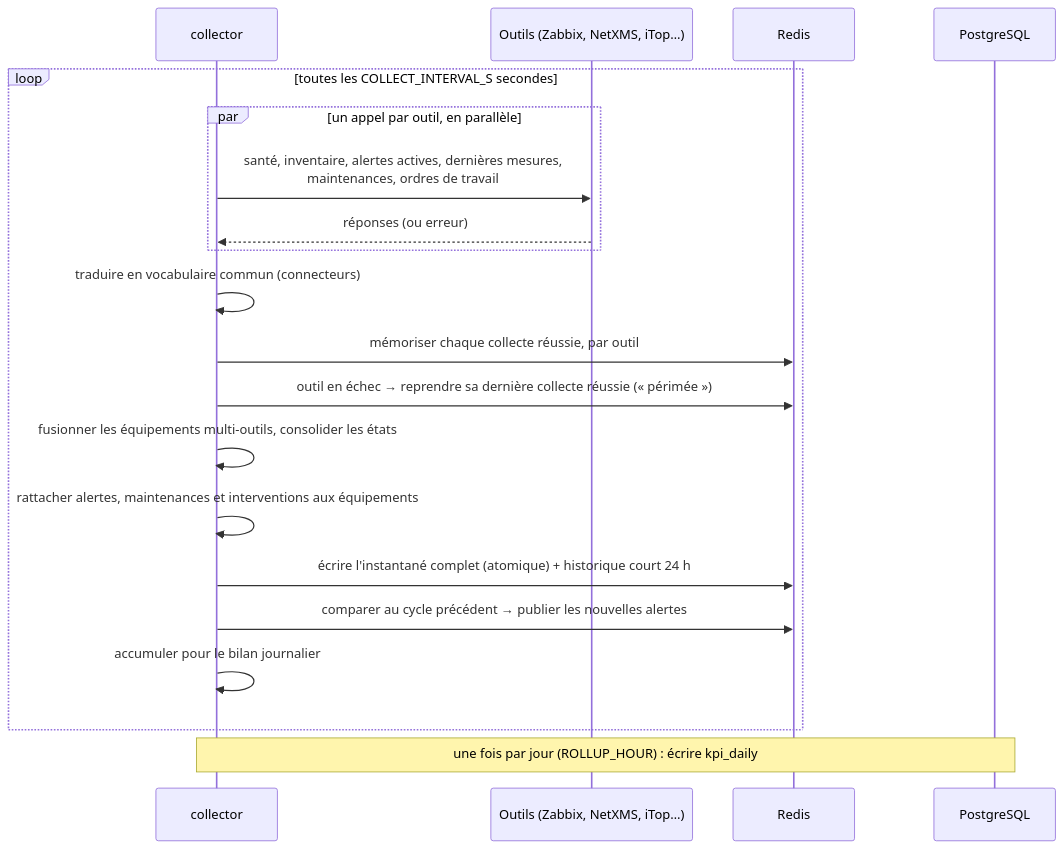
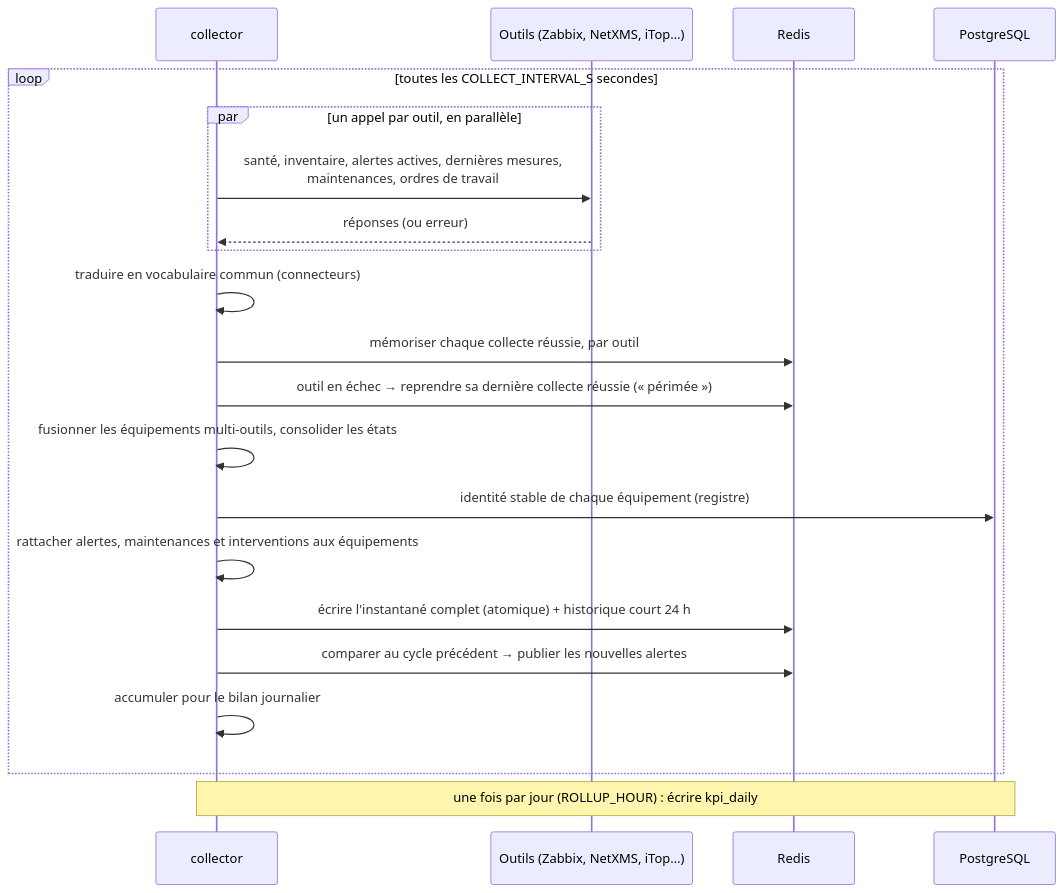
The second of 3 diagrams in docs/02-architecture.md (Boucharaf/noc), drawn with Mermaid before and after one commit. The commit also changed other lines of this file and 195 other files, not shown here.

````diff
--- a/docs/02-architecture.md
+++ b/docs/02-architecture.md
@@ -113,23 +117,24 @@
 ```mermaid
 sequenceDiagram
     participant C as collector
     participant O as Outils (Zabbix, NetXMS, iTop…)
     participant R as Redis
     participant P as PostgreSQL
 
     loop toutes les COLLECT_INTERVAL_S secondes
         par un appel par outil, en parallèle
             C->>O: santé, inventaire, alertes actives, dernières mesures,<br/>maintenances, ordres de travail
             O-->>C: réponses (ou erreur)
         end
         C->>C: traduire en vocabulaire commun (connecteurs)
         C->>R: mémoriser chaque collecte réussie, par outil
         C->>R: outil en échec → reprendre sa dernière collecte réussie (« périmée »)
         C->>C: fusionner les équipements multi-outils, consolider les états
+        C->>P: identité stable de chaque équipement (registre)
         C->>C: rattacher alertes, maintenances et interventions aux équipements
         C->>R: écrire l'instantané complet (atomique) + historique court 24 h
         C->>R: comparer au cycle précédent → publier les nouvelles alertes
         C->>C: accumuler pour le bilan journalier
     end
     Note over C,P: une fois par jour (ROLLUP_HOUR) : écrire kpi_daily
 ```
````
